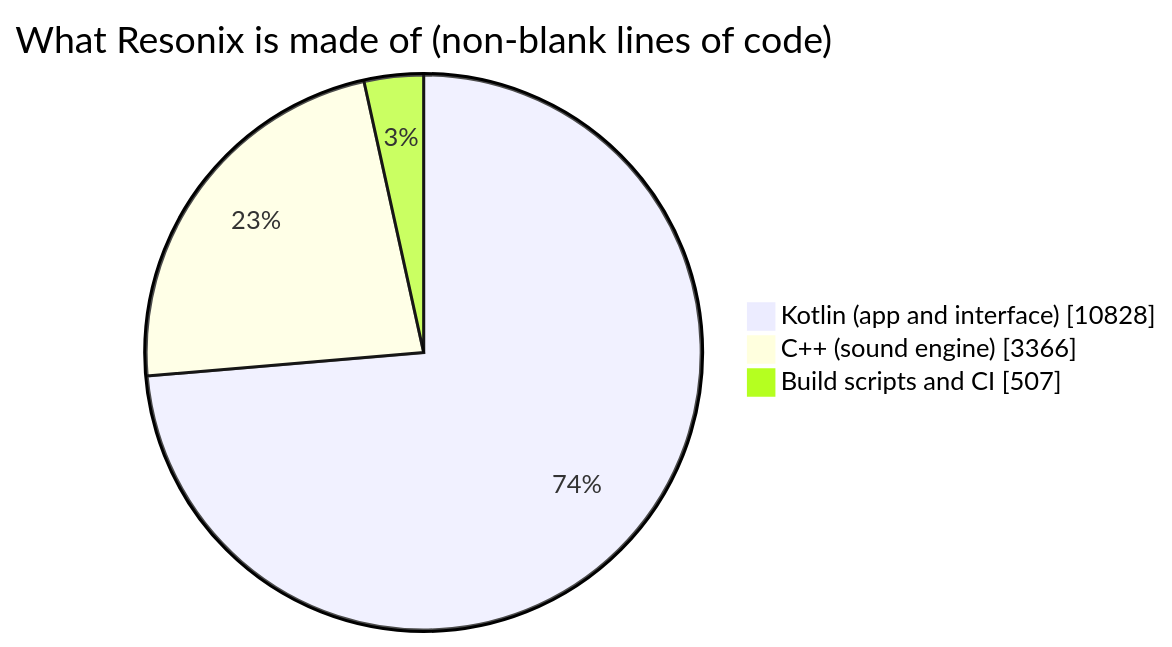
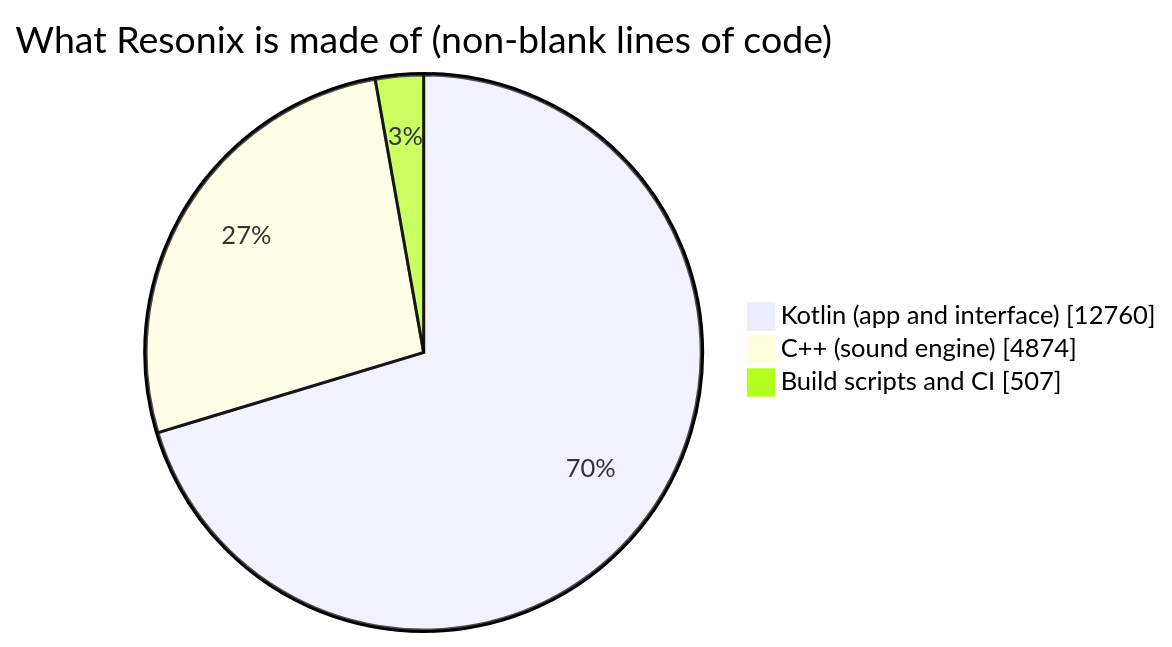
The fifth of 5 diagrams in README.md (aravindrejidev/Resonix), drawn with Mermaid before and after one commit. The commit also changed other lines of this file and 29 other files, not shown here.

````diff
--- a/README.md
+++ b/README.md
@@ -504,6 +517,6 @@
 ```mermaid
 pie showData title What Resonix is made of (non-blank lines of code)
-    "Kotlin (app and interface)" : 10828
-    "C++ (sound engine)" : 3366
+    "Kotlin (app and interface)" : 12760
+    "C++ (sound engine)" : 4874
     "Build scripts and CI" : 507
 ```
````
